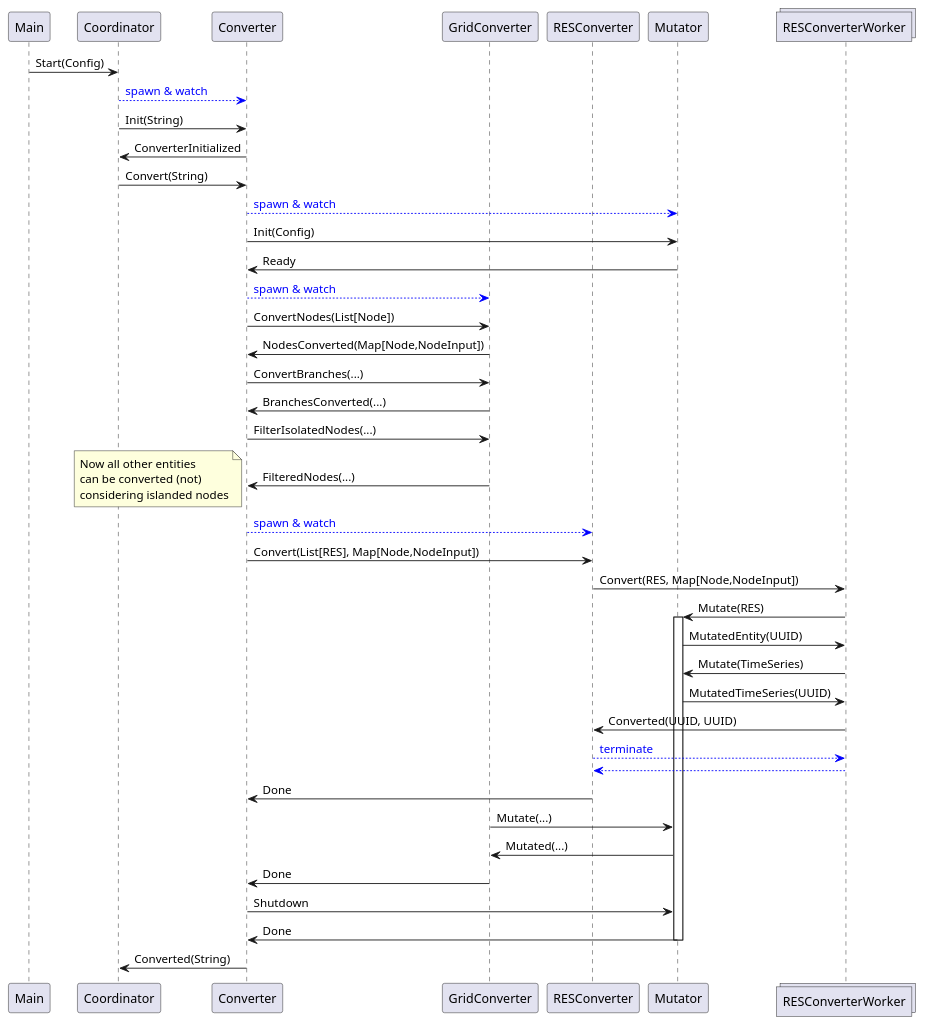
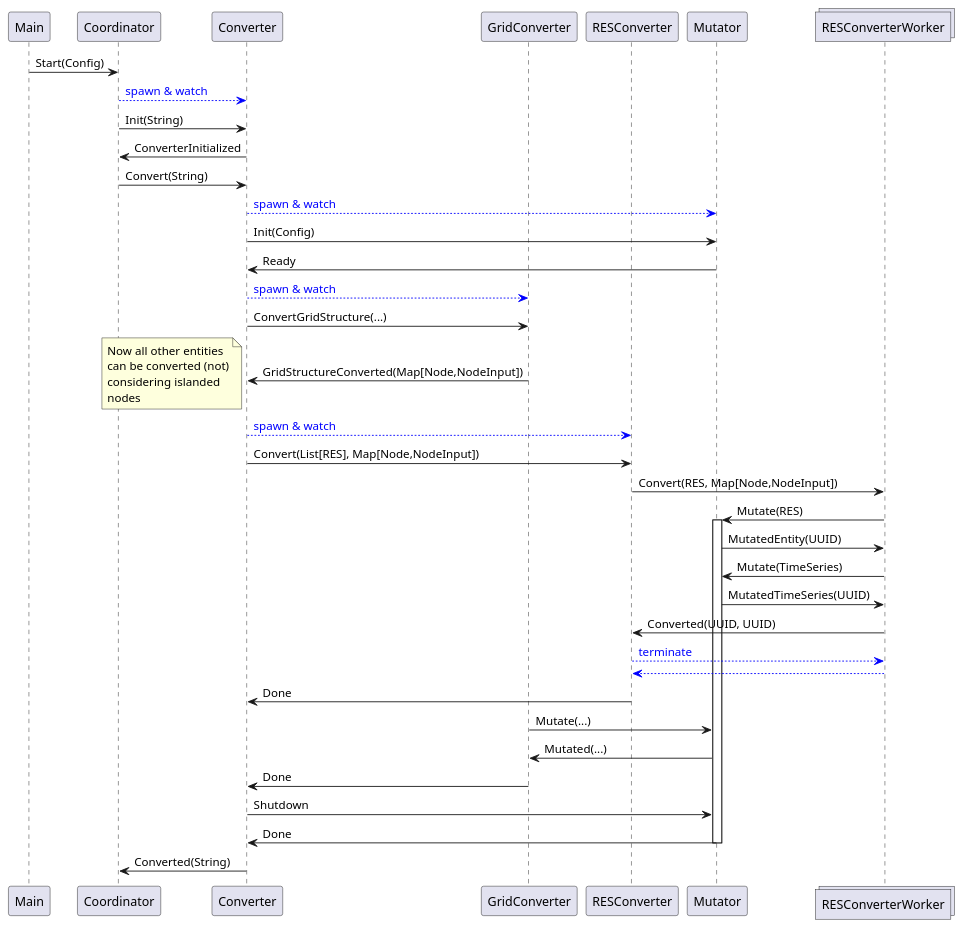
Before and after one commit to ie3-institute/simBench2psdm: the diagram in docs/diagrams/protocol/protocol.puml, drawn with PlantUML. The commit also changed 2 other files, not shown here.

```diff
--- a/docs/diagrams/protocol/protocol.puml
+++ b/docs/diagrams/protocol/protocol.puml
@@ -1,50 +1,46 @@
 @startuml
 
 participant Main
 participant Coordinator
 participant Converter
 participant GridConverter
 participant RESConverter
 participant Mutator
 collections RESConverterWorker
 
 Main -> Coordinator: Start(Config)
 Coordinator --[#blue]> Converter: <font color=blue>spawn & watch</font>
 Coordinator -> Converter: Init(String)
 Coordinator <- Converter: ConverterInitialized
 Coordinator -> Converter: Convert(String)
 Converter --[#blue]> Mutator: <font color=blue>spawn & watch</font>
 Converter -> Mutator: Init(Config)
 Converter <- Mutator: Ready
 Converter --[#blue]> GridConverter: <font color=blue>spawn & watch</font>
-Converter -> GridConverter: ConvertNodes(List[Node])
-Converter <- GridConverter: NodesConverted(Map[Node,NodeInput])
-Converter -> GridConverter: ConvertBranches(...)
-Converter <- GridConverter: BranchesConverted(...)
-Converter -> GridConverter: FilterIsolatedNodes(...)
-Converter <- GridConverter: FilteredNodes(...)
-note left: Now all other entities\ncan be converted (not)\nconsidering islanded nodes
+Converter -> GridConverter: ConvertGridStructure(...)
+Converter <- GridConverter: GridStructureConverted(Map[Node,NodeInput])
+note left: Now all other entities\ncan be converted (not)\nconsidering islanded\nnodes
 
 Converter --[#blue]> RESConverter: <font color=blue>spawn & watch</font>
 Converter -> RESConverter: Convert(List[RES], Map[Node,NodeInput])
 RESConverter -> RESConverterWorker: Convert(RES, Map[Node,NodeInput])
 RESConverterWorker -> Mutator: Mutate(RES)
 activate Mutator
 RESConverterWorker <- Mutator: MutatedEntity(UUID)
 RESConverterWorker -> Mutator: Mutate(TimeSeries)
 RESConverterWorker <- Mutator: MutatedTimeSeries(UUID)
 RESConverter <- RESConverterWorker: Converted(UUID, UUID)
 RESConverter --[#blue]> RESConverterWorker: <font color=blue>terminate</font>
 RESConverter <--[#blue] RESConverterWorker
 Converter <- RESConverter: Done
 
 GridConverter -> Mutator: Mutate(...)
 GridConverter <- Mutator: Mutated(...)
 Converter <- GridConverter: Done
 
 Converter -> Mutator: Shutdown
 Converter <- Mutator: Done
 deactivate Mutator
 
 Coordinator <- Converter: Converted(String)
 @enduml
```
